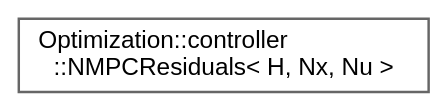
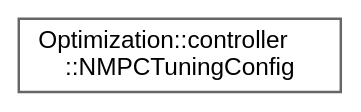
The diagram in inherit_graph_16.dot (jswoo0615/Algorithms_for_Optimization_cpp), drawn with Graphviz before and after one commit. The commit also changed 348 other files, not shown here.

```diff
--- a/inherit_graph_16.dot
+++ b/inherit_graph_16.dot
@@ -1,9 +1,9 @@
 digraph "Graphical Class Hierarchy"
 {
  // LATEX_PDF_SIZE
   bgcolor="transparent";
   edge [fontname=Helvetica,fontsize=10,labelfontname=Helvetica,labelfontsize=10];
   node [fontname=Helvetica,fontsize=10,shape=box,height=0.2,width=0.4];
   rankdir="LR";
-  Node0 [id="Node000000",label="Optimization::controller\l::NMPCResiduals\< H, Nx, Nu \>",height=0.2,width=0.4,color="grey40", fillcolor="white", style="filled",URL="$structOptimization_1_1controller_1_1NMPCResiduals.html",tooltip="Multiple Shooting 기반 NMPC 잔차(Residuals) 생성기"];
+  Node0 [id="Node000000",label="Optimization::controller\l::NMPCTuningConfig",height=0.2,width=0.4,color="grey40", fillcolor="white", style="filled",URL="$structOptimization_1_1controller_1_1NMPCTuningConfig.html",tooltip=" "];
 }
```
